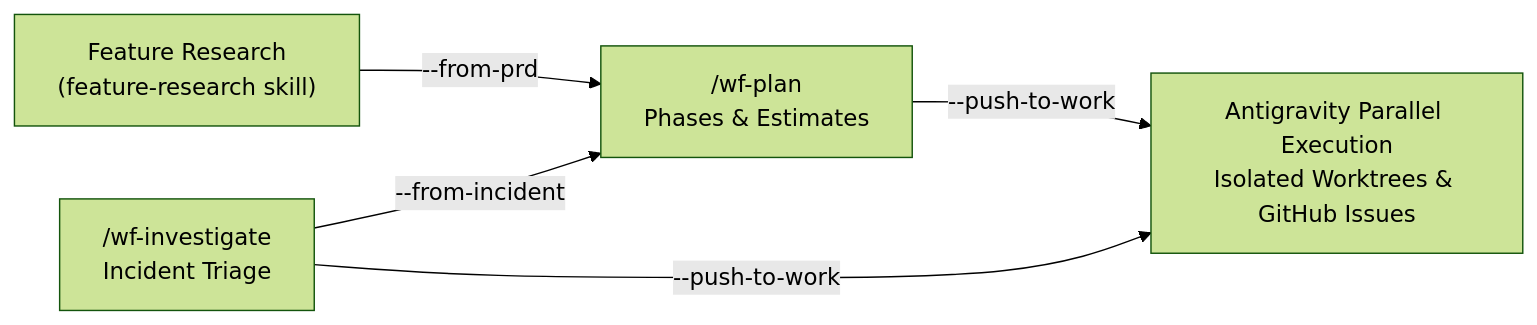
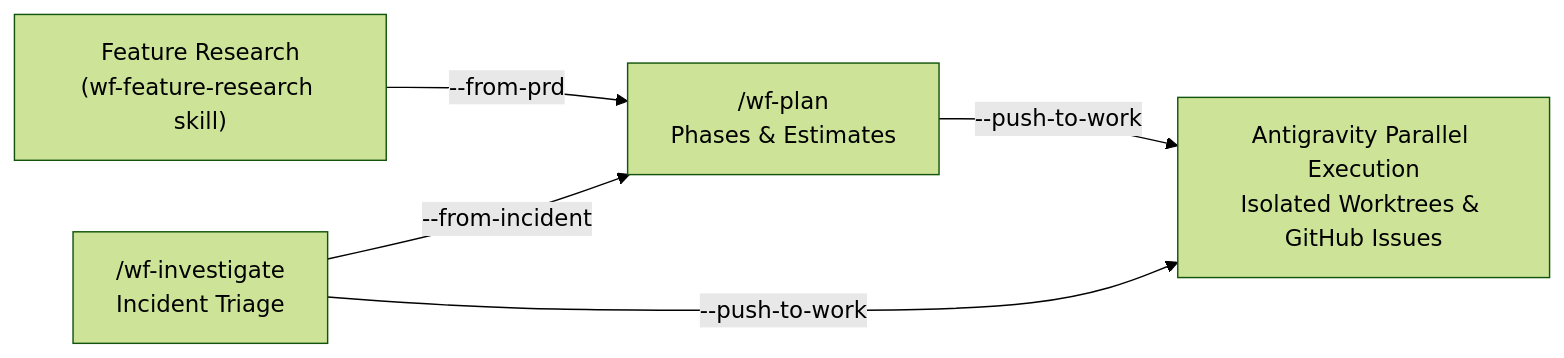
One commit to wedigcode/workforces changed the diagram in README.md. Above: the diagram before and after it, drawn with Mermaid (forest theme). The commit also changed other lines of this file and 242 other files, not shown here.

````diff
--- a/README.md
+++ b/README.md
@@ -144,7 +146,7 @@
 ```mermaid
 graph LR
-    A["Feature Research<br/>(feature-research skill)"] -->|--from-prd| B["/wf-plan<br/>Phases & Estimates"]
+    A["Feature Research<br/>(wf-feature-research skill)"] -->|--from-prd| B["/wf-plan<br/>Phases & Estimates"]
     B -->|--push-to-work| C["Antigravity Parallel Execution<br/>Isolated Worktrees & GitHub Issues"]
     D["/wf-investigate<br/>Incident Triage"] -->|--push-to-work| C
     D -->|--from-incident| B
 ```
````
